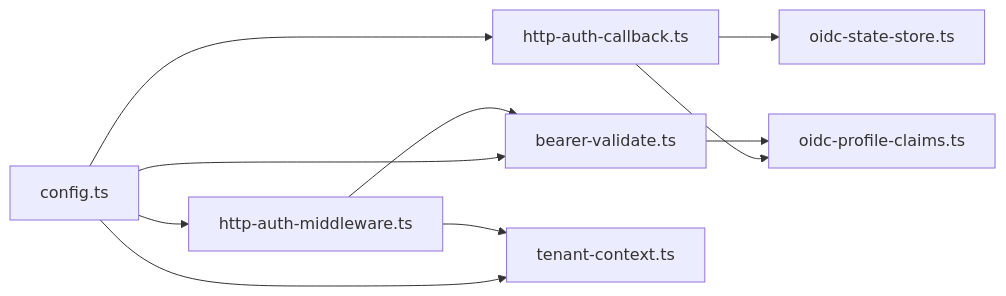
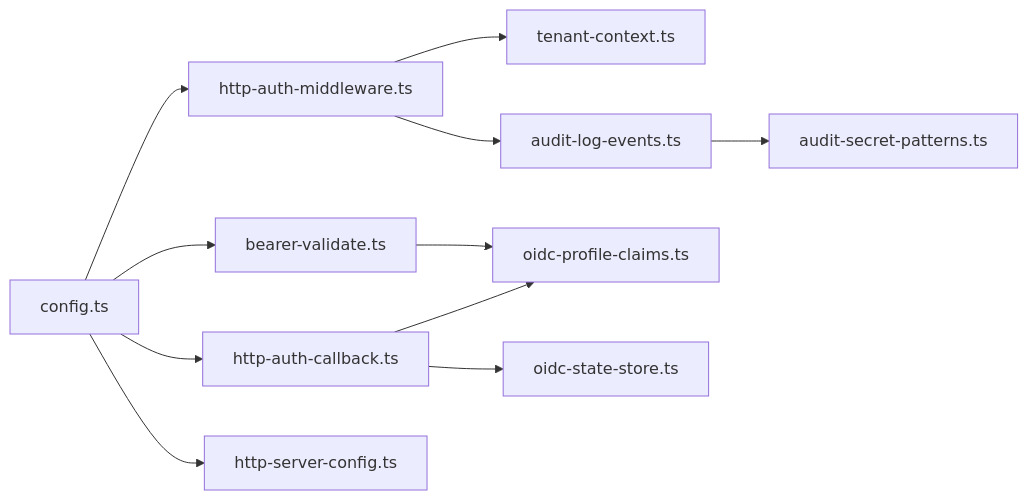
One commit to SquadRules/mcp changed the ninth of 9 diagrams in .qoder/repowiki/en/content/Authentication & Security.md. Above: the diagram before and after it, drawn with Mermaid. The commit also changed other lines of this file and 602 other files, not shown here.

````diff
--- a/.qoder/repowiki/en/content/Authentication & Security.md
+++ b/.qoder/repowiki/en/content/Authentication & Security.md
@@ -319,12 +343,13 @@
 ```mermaid
 graph LR
-Config["config.ts"] --> Middleware["http-auth-middleware.ts"]
-Config --> Validate["bearer-validate.ts"]
+Config["config.ts"] --> AuthMiddleware["http-auth-middleware.ts"]
+Config --> BearerValidate["bearer-validate.ts"]
 Config --> Callback["http-auth-callback.ts"]
-Config --> Tenant["tenant-context.ts"]
-Middleware --> Validate
-Middleware --> Tenant
+Config --> ServerConfig["http-server-config.ts"]
+BearerValidate --> ProfileClaims["oidc-profile-claims.ts"]
+Callback --> ProfileClaims
+AuthMiddleware --> TenantCtx["tenant-context.ts"]
 Callback --> StateStore["oidc-state-store.ts"]
-Callback --> Claims["oidc-profile-claims.ts"]
-Validate --> Claims
+AuthMiddleware --> AuditEvents["audit-log-events.ts"]
+AuditEvents --> SecretPatterns["audit-secret-patterns.ts"]
 ```
````
